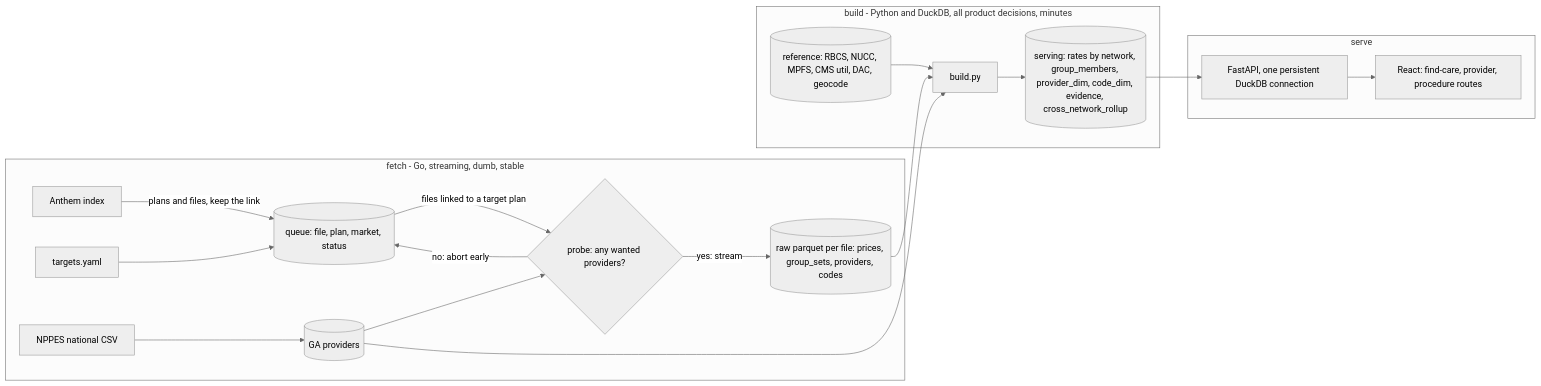
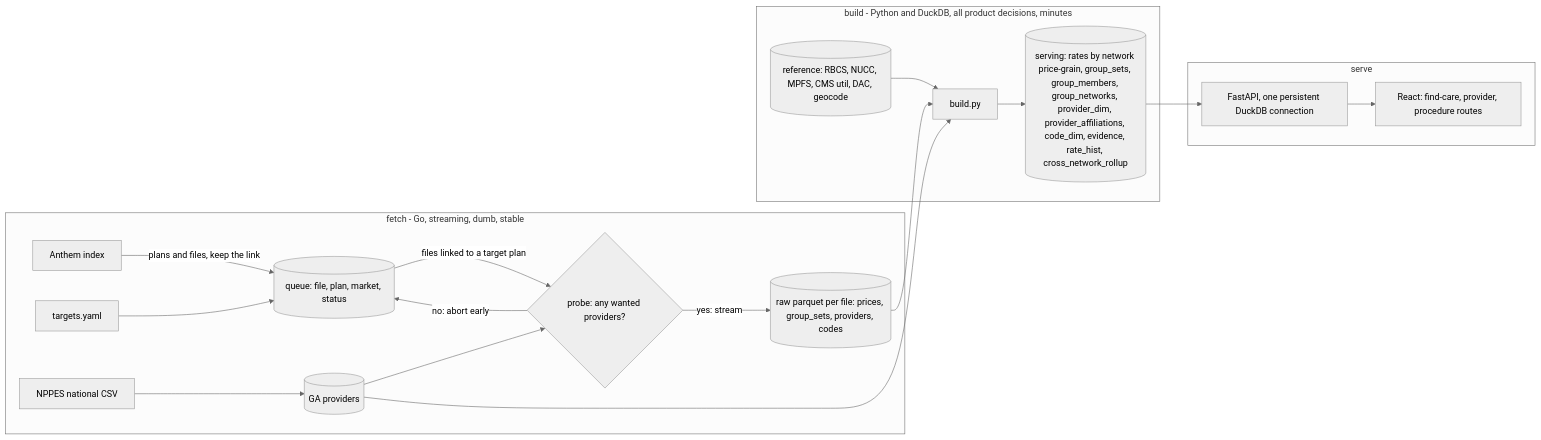
One commit to wmespi/honest-healthcare changed the first of 3 diagrams in docs/architecture.md. Above: the diagram before and after it, drawn with Mermaid (neutral theme). The commit also changed other lines of this file and 26 other files, not shown here.

````diff
--- a/docs/architecture.md
+++ b/docs/architecture.md
@@ -33,22 +33,22 @@
 ```mermaid
 flowchart LR
   subgraph fetch [fetch - Go, streaming, dumb, stable]
     IDX[Anthem index] -->|"plans and files, keep the link"| Q[(queue: file, plan, market, status)]
     TGT[targets.yaml] --> Q
     Q -->|"files linked to a target plan"| PROBE{"probe: any wanted providers?"}
     PROBE -->|"no: abort early"| Q
     PROBE -->|"yes: stream"| RAW[(raw parquet per file: prices, group_sets, providers, codes)]
     NPPES[NPPES national CSV] --> GA[(GA providers)]
     GA --> PROBE
   end
   subgraph build [build - Python and DuckDB, all product decisions, minutes]
     RAW --> B[build.py]
     GA --> B
     REF[(reference: RBCS, NUCC, MPFS, CMS util, DAC, geocode)] --> B
-    B --> SRV[(serving: rates by network, group_members, provider_dim, code_dim, evidence, cross_network_rollup)]
+    B --> SRV[(serving: rates by network price-grain, group_sets, group_members, group_networks, provider_dim, provider_affiliations, code_dim, evidence, rate_hist, cross_network_rollup)]
   end
   subgraph serve [serve]
     SRV --> API[FastAPI, one persistent DuckDB connection]
     API --> WEB[React: find-care, provider, procedure routes]
   end
 ```
````
